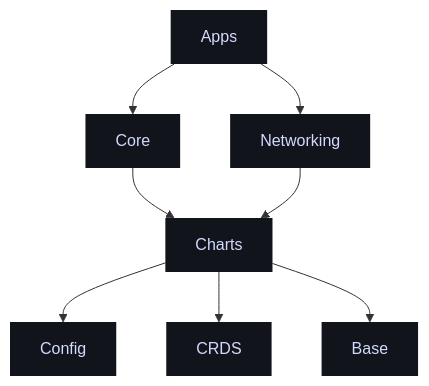
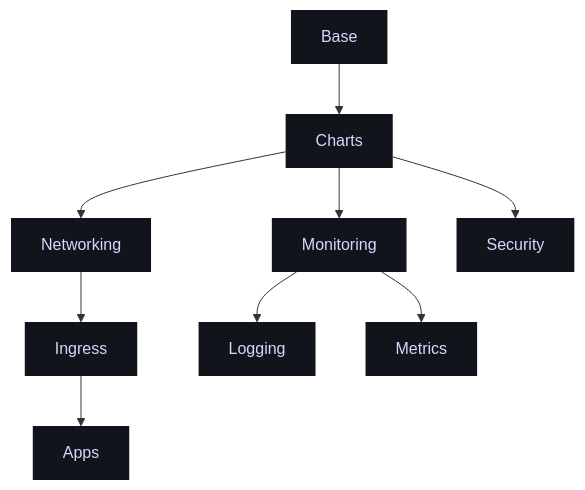
Before and after one commit to infectiious/rapture-docs: the diagram in docs/home/cluster_overview.md, drawn with Mermaid. The commit also changed other lines of this file, not shown here.

Commit message:
Adjusted cluster overview and updated with correct dependancy graph using mermaid.js

````diff
--- a/docs/home/cluster_overview.md
+++ b/docs/home/cluster_overview.md
@@ -28,19 +28,15 @@
-``` mermaid
-graph TD
-Apps --> Core
-Apps --> Networking
-Core --> Charts
-Networking --> Charts
-Charts --> Config
-Charts --> CRDS
-Charts --> Base
+```mermaid
+graph TD;
+    Base-->Charts;
+    Charts-->Networking;
+    Charts-->Monitoring;
+    Charts-->Security;
+    Networking-->Ingress;
+    Monitoring-->Logging;
+    Monitoring-->Metrics;
+    Ingress-->Apps;
 
 classDef fill fill:#12141c,stroke:#333,stroke-width:0px,color:#d4dafe
-classDef zone fill:#0e0f16,stroke:#333,stroke-width:0px,color:#d4dafe
-classDef zone2 fill:#09090f,stroke:#333,stroke-width:0px,color:#d4dafe
 classDef outside fill:#0e0f16,stroke:#333,stroke-width:0px,color:#d4dafe
-class Apps,Core,Networking,Charts,Config,CRDS,Base fill
-class openshift zone
-class service zone2
-class client outside
+class Apps,Core,Networking,Charts,Config,CRDS,Monitoring,Loggin,Metrics,Security,Ingress,Logging,Base fill
 ```
````
